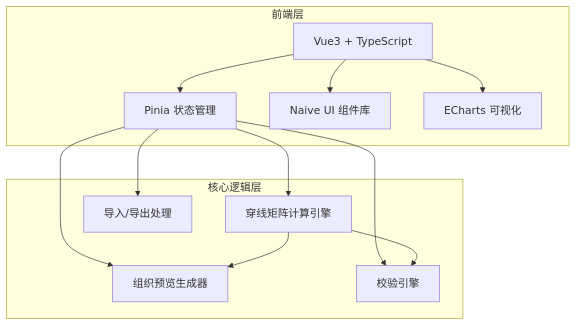
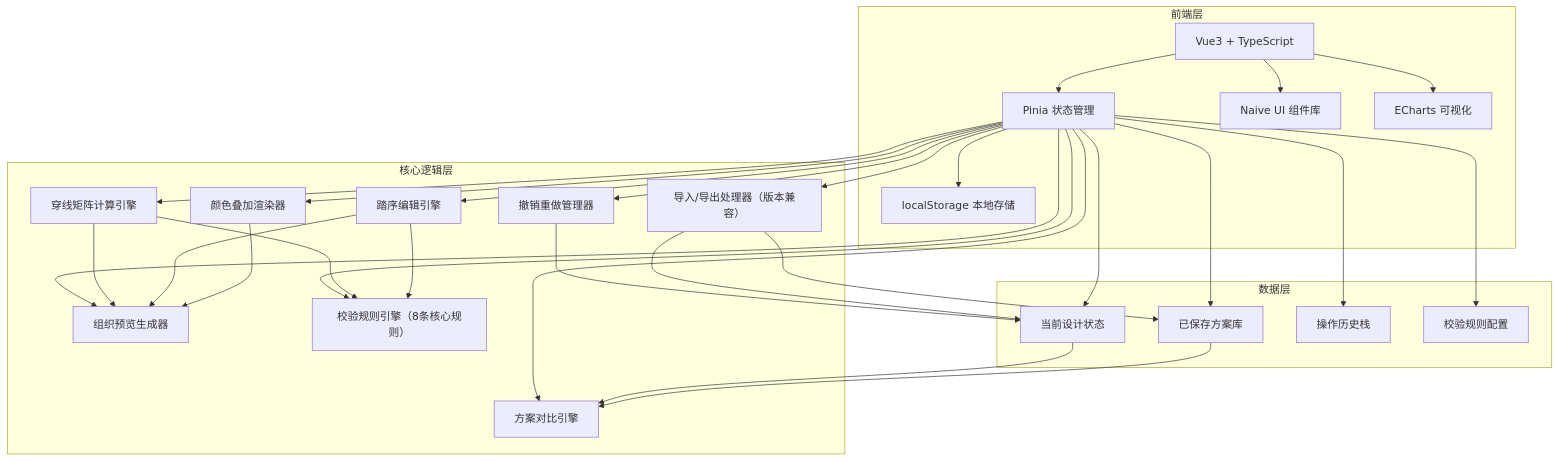
One commit to wanfengfengii-ctrl/lf-41 changed the first of 2 diagrams in .trae/documents/tech-architecture.md. Above: the diagram before and after it, drawn with Mermaid. The commit also changed other lines of this file and 1 other file, not shown here.

````diff
--- a/.trae/documents/tech-architecture.md
+++ b/.trae/documents/tech-architecture.md
@@ -3,26 +3,55 @@
 ```mermaid
 flowchart TB
     subgraph "前端层"
         A["Vue3 + TypeScript"]
         B["Pinia 状态管理"]
         C["Naive UI 组件库"]
         D["ECharts 可视化"]
+        E["localStorage 本地存储"]
     end
 
     subgraph "核心逻辑层"
-        E["穿线矩阵计算引擎"]
-        F["组织预览生成器"]
-        G["校验引擎"]
-        H["导入/导出处理"]
+        F["穿线矩阵计算引擎"]
+        G["踏序编辑引擎"]
+        H["颜色叠加渲染器"]
+        I["组织预览生成器"]
+        J["校验规则引擎（8条核心规则）"]
+        K["方案对比引擎"]
+        L["撤销重做管理器"]
+        M["导入/导出处理器（版本兼容）"]
+    end
+
+    subgraph "数据层"
+        N["当前设计状态"]
+        O["已保存方案库"]
+        P["操作历史栈"]
+        Q["校验规则配置"]
     end
 
     A --> B
     A --> C
     A --> D
     B --> E
     B --> F
     B --> G
     B --> H
-    E --> F
-    E --> G
+    B --> I
+    B --> J
+    B --> K
+    B --> L
+    B --> M
+    B --> N
+    B --> O
+    B --> P
+    B --> Q
+    F --> I
+    G --> I
+    F --> J
+    G --> J
+    H --> I
+    N --> K
+    O --> K
+    L --> N
+    M --> O
+    M --> N
 ```
````
